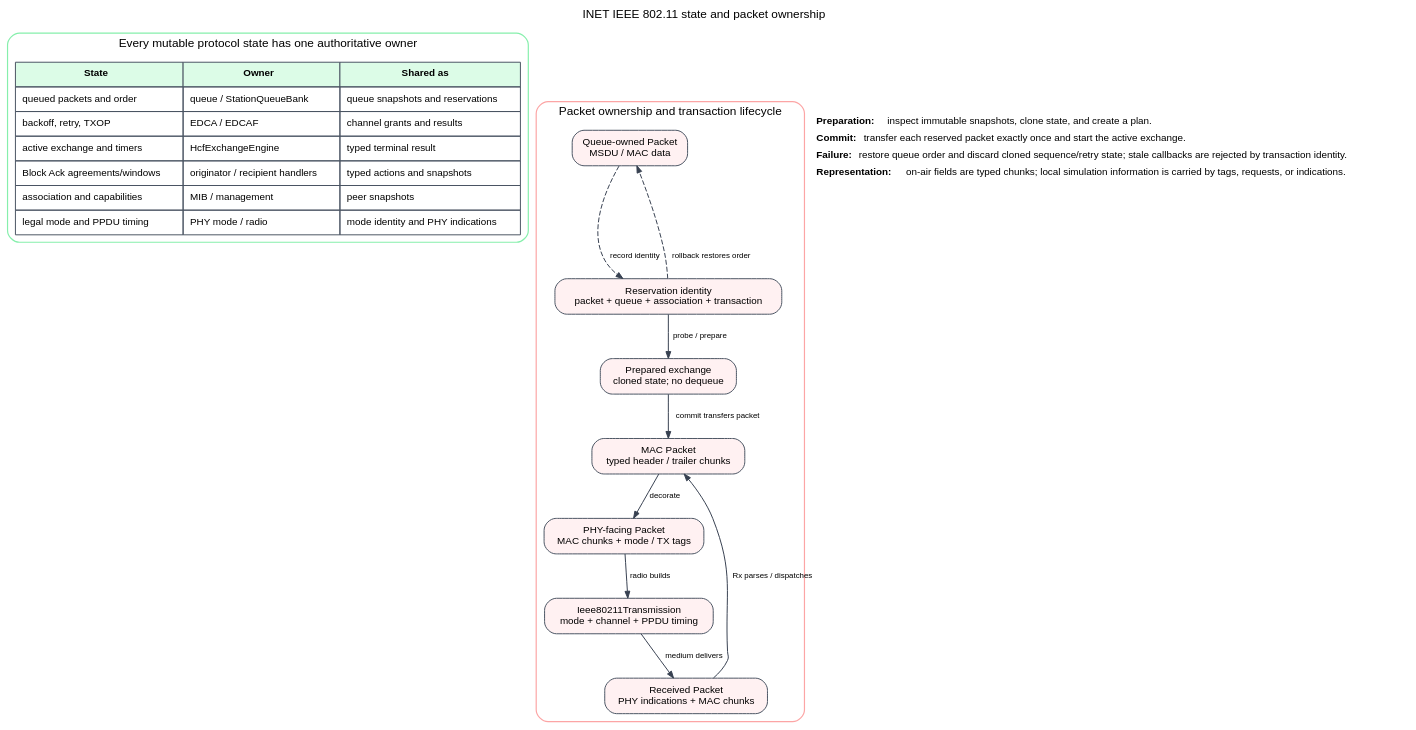
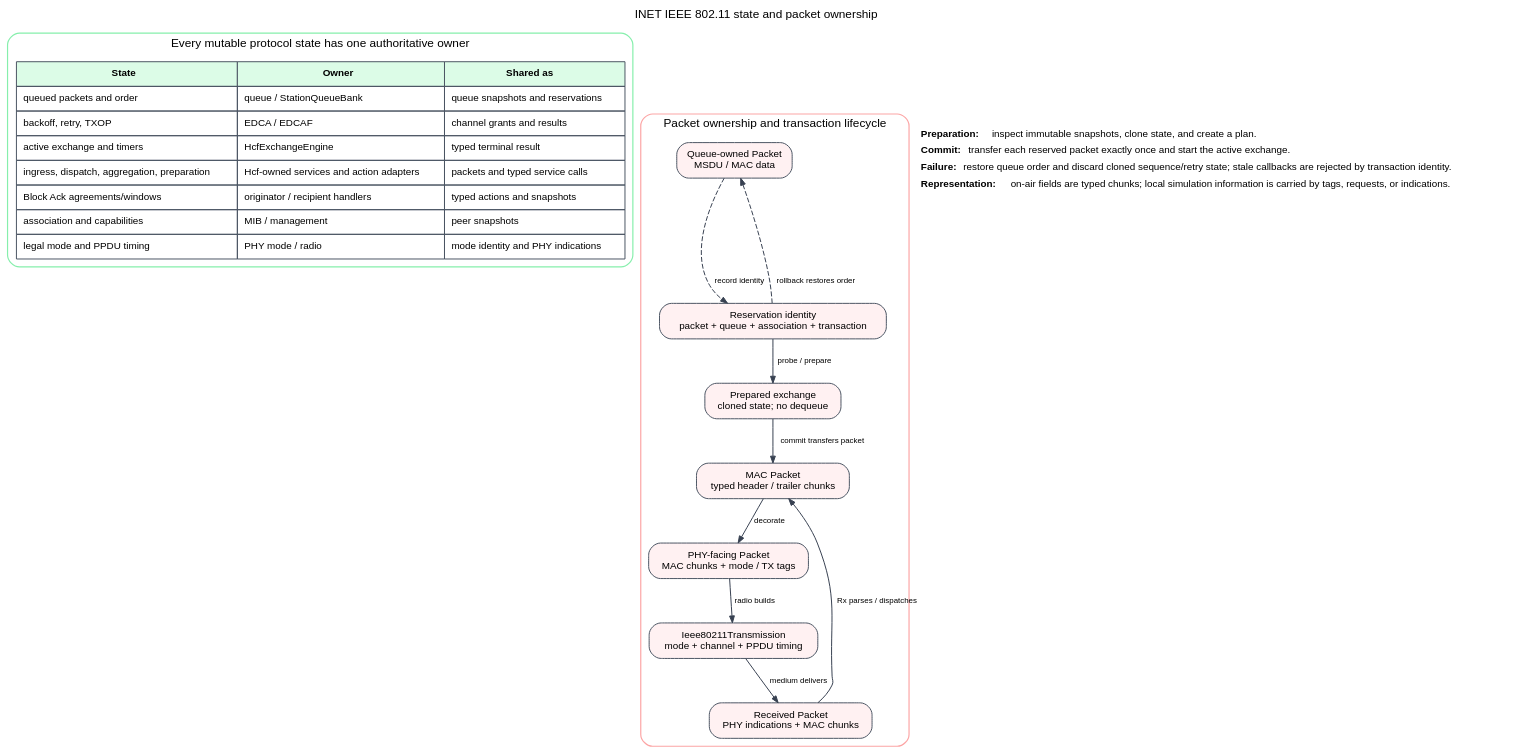
The diagram in doc/src/developers-guide/figures/ieee80211_ownership.dot (mgonzalezlopezudc/inet), drawn with Graphviz before and after one commit. The commit also changed 3 other files, not shown here.

Commit message:
doc(802.11): diagrams

```diff
--- a/doc/src/developers-guide/figures/ieee80211_ownership.dot
+++ b/doc/src/developers-guide/figures/ieee80211_ownership.dot
@@ -1,53 +1,54 @@
 digraph ieee80211_ownership {
     graph [rankdir=TB, bgcolor="transparent", pad="0.12", nodesep="0.25",
         ranksep="0.48", fontname="Helvetica", fontsize=12,
         label="INET IEEE 802.11 state and packet ownership", labelloc=t]
     node [shape=box, style="rounded,filled", fillcolor="white", color="#4b5563",
         fontname="Helvetica", fontsize=10, margin="0.10,0.06"]
     edge [fontname="Helvetica", fontsize=8, color="#374151", arrowsize=0.7]
 
     subgraph cluster_state {
         label="Every mutable protocol state has one authoritative owner"
         color="#86efac"; style="rounded"; penwidth=1.2
         ownership [shape=plain, label=<
             <TABLE BORDER="0" CELLBORDER="1" CELLSPACING="0" CELLPADDING="6">
                 <TR><TD BGCOLOR="#dcfce7"><B>State</B></TD><TD BGCOLOR="#dcfce7"><B>Owner</B></TD><TD BGCOLOR="#dcfce7"><B>Shared as</B></TD></TR>
                 <TR><TD ALIGN="LEFT">queued packets and order</TD><TD ALIGN="LEFT">queue / StationQueueBank</TD><TD ALIGN="LEFT">queue snapshots and reservations</TD></TR>
                 <TR><TD ALIGN="LEFT">backoff, retry, TXOP</TD><TD ALIGN="LEFT">EDCA / EDCAF</TD><TD ALIGN="LEFT">channel grants and results</TD></TR>
                 <TR><TD ALIGN="LEFT">active exchange and timers</TD><TD ALIGN="LEFT">HcfExchangeEngine</TD><TD ALIGN="LEFT">typed terminal result</TD></TR>
+                <TR><TD ALIGN="LEFT">ingress, dispatch, aggregation, preparation</TD><TD ALIGN="LEFT">Hcf-owned services and action adapters</TD><TD ALIGN="LEFT">packets and typed service calls</TD></TR>
                 <TR><TD ALIGN="LEFT">Block Ack agreements/windows</TD><TD ALIGN="LEFT">originator / recipient handlers</TD><TD ALIGN="LEFT">typed actions and snapshots</TD></TR>
                 <TR><TD ALIGN="LEFT">association and capabilities</TD><TD ALIGN="LEFT">MIB / management</TD><TD ALIGN="LEFT">peer snapshots</TD></TR>
                 <TR><TD ALIGN="LEFT">legal mode and PPDU timing</TD><TD ALIGN="LEFT">PHY mode / radio</TD><TD ALIGN="LEFT">mode identity and PHY indications</TD></TR>
             </TABLE>>]
     }
 
     subgraph cluster_packets {
         label="Packet ownership and transaction lifecycle"
         color="#fca5a5"; style="rounded"; penwidth=1.2
 
         queued [label="Queue-owned Packet\nMSDU / MAC data", fillcolor="#fff1f2"]
         identity [label="Reservation identity\npacket + queue + association + transaction", fillcolor="#fff1f2"]
         prepared [label="Prepared exchange\ncloned state; no dequeue", fillcolor="#fff1f2"]
         frame [label="MAC Packet\ntyped header / trailer chunks", fillcolor="#fff1f2"]
         phyframe [label="PHY-facing Packet\nMAC chunks + mode / TX tags", fillcolor="#fff1f2"]
         transmitted [label="Ieee80211Transmission\nmode + channel + PPDU timing", fillcolor="#fff1f2"]
         received [label="Received Packet\nPHY indications + MAC chunks", fillcolor="#fff1f2"]
 
         queued -> identity [style=dashed, label="record identity"]
         identity -> prepared [label="probe / prepare"]
         prepared -> frame [label="commit transfers packet"]
         frame -> phyframe [label="decorate"]
         phyframe -> transmitted [label="radio builds"]
         transmitted -> received [label="medium delivers"]
         received -> frame [label="Rx parses / dispatches"]
         identity -> queued [style=dashed, label="rollback restores order"]
     }
 
     notes [shape=plain, label=<
         <TABLE BORDER="0" CELLBORDER="0" CELLSPACING="2">
             <TR><TD ALIGN="LEFT"><B>Preparation:</B> inspect immutable snapshots, clone state, and create a plan.</TD></TR>
             <TR><TD ALIGN="LEFT"><B>Commit:</B> transfer each reserved packet exactly once and start the active exchange.</TD></TR>
             <TR><TD ALIGN="LEFT"><B>Failure:</B> restore queue order and discard cloned sequence/retry state; stale callbacks are rejected by transaction identity.</TD></TR>
             <TR><TD ALIGN="LEFT"><B>Representation:</B> on-air fields are typed chunks; local simulation information is carried by tags, requests, or indications.</TD></TR>
         </TABLE>>]
 }
```
